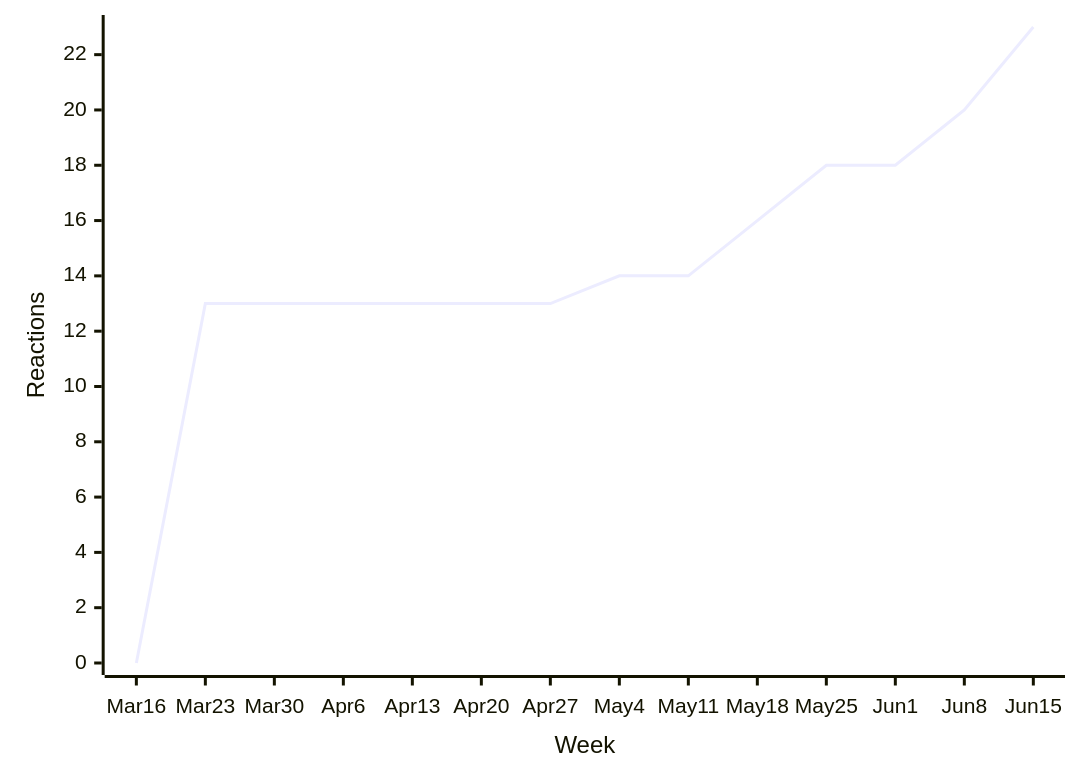
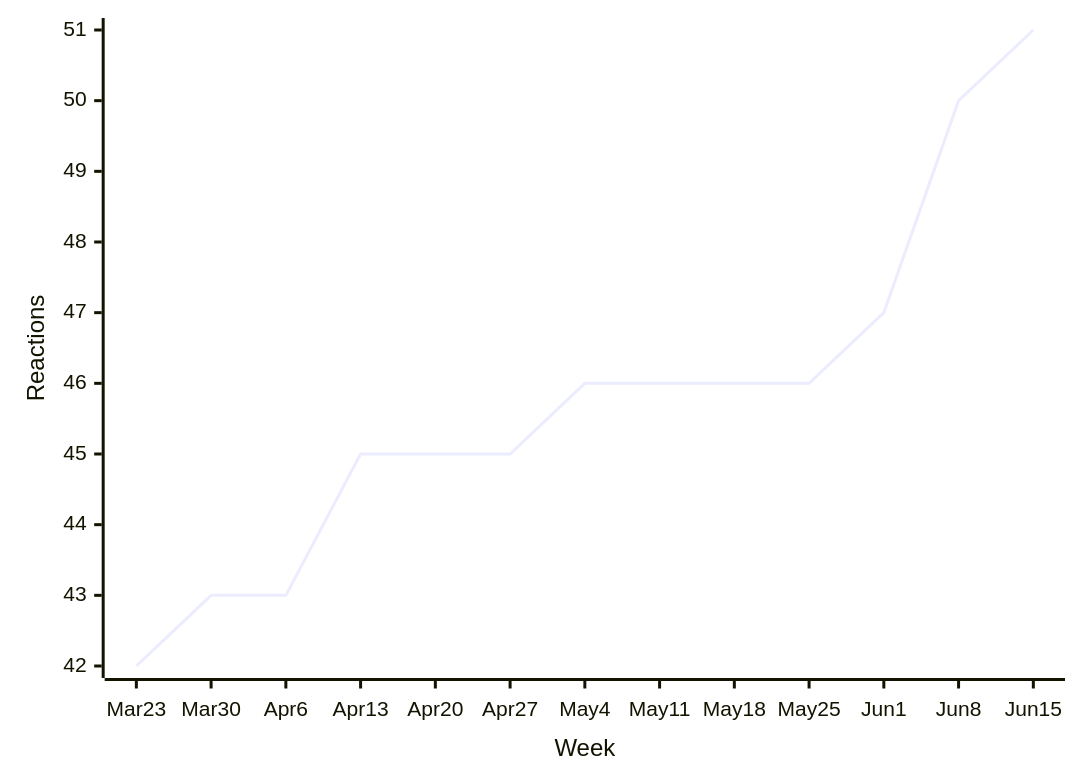
Diagram 15 of 49 in README.md (loic-sharma/github-insights), drawn with Mermaid before and after one commit. The commit also changed other lines of this file and 3 other files, not shown here.

````diff
--- a/README.md
+++ b/README.md
@@ -577,6 +577,6 @@
   ```mermaid
   xychart-beta
-    x-axis "Week" [Mar 16, Mar 23, Mar 30, Apr 6, Apr 13, Apr 20, Apr 27, May 4, May 11, May 18, May 25, Jun 1, Jun 8, Jun 15]
+    x-axis "Week" [Mar 23, Mar 30, Apr 6, Apr 13, Apr 20, Apr 27, May 4, May 11, May 18, May 25, Jun 1, Jun 8, Jun 15]
     y-axis "Reactions"
-    line [0, 13, 13, 13, 13, 13, 13, 14, 14, 16, 18, 18, 20, 23]
+    line [42, 43, 43, 45, 45, 45, 46, 46, 46, 46, 47, 50, 51]
   ```
````
